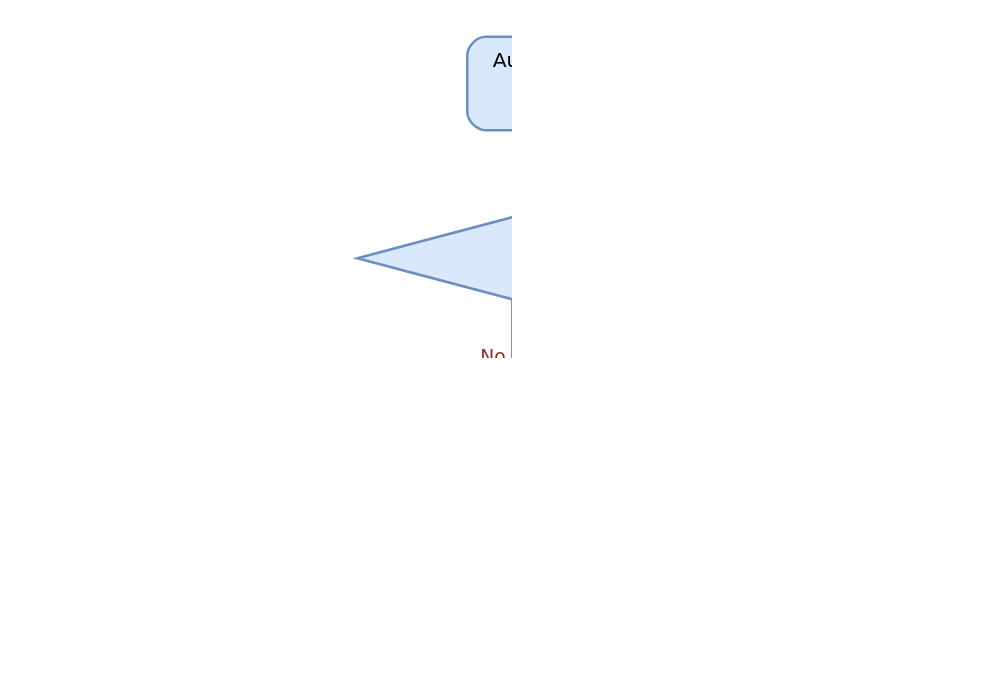
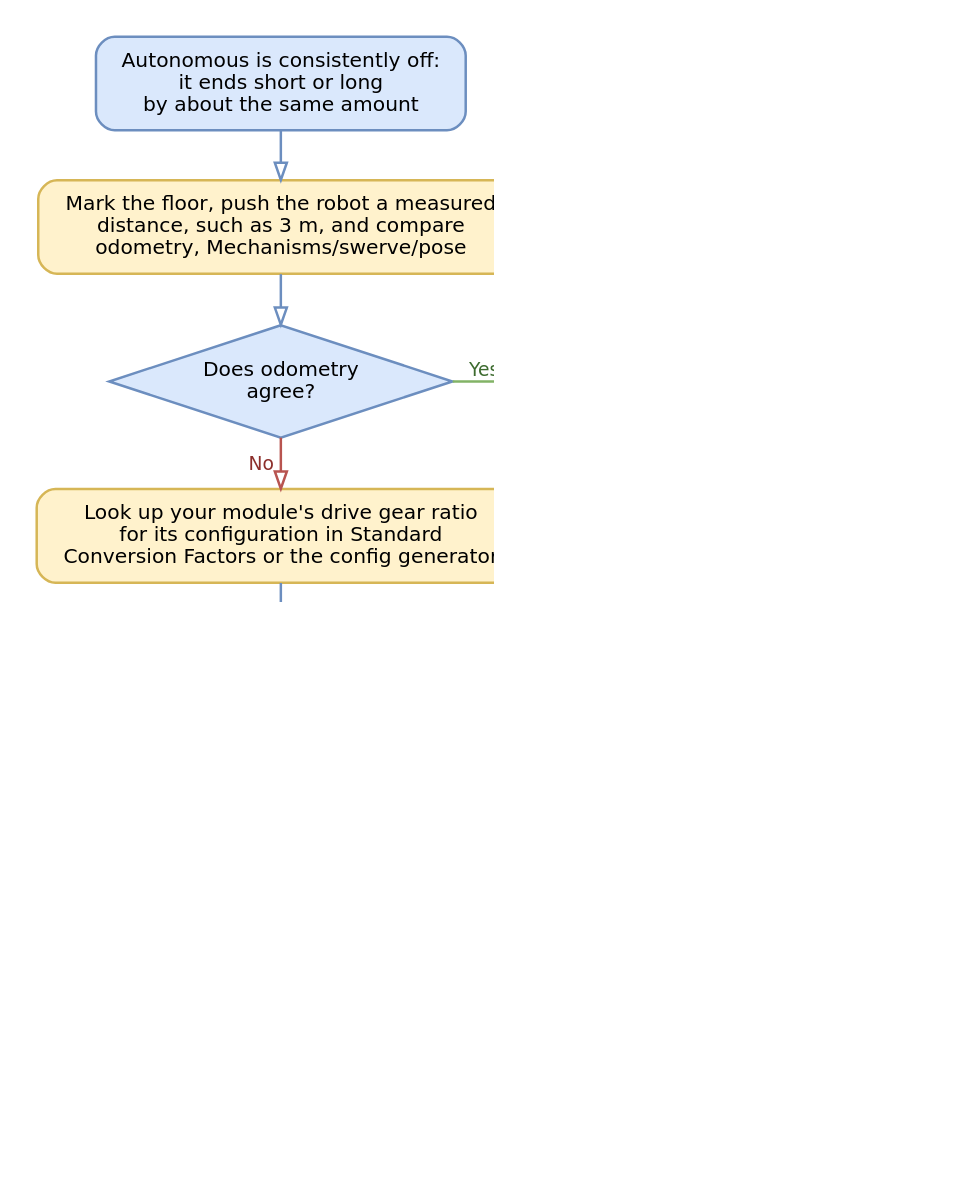
Before and after one commit to Yet-Another-Software-Suite/YAGSL-gitbook: the diagram in .gitbook/assets/yagsl-flowchart-auto.dot, drawn with Graphviz. The commit also changed 11 other files, not shown here.

Commit message:
Troubleshooting flowcharts: add how-to-check steps; check a module's build last

```diff
--- a/.gitbook/assets/yagsl-flowchart-auto.dot
+++ b/.gitbook/assets/yagsl-flowchart-auto.dot
@@ -1,16 +1,30 @@
 digraph G {
   graph [rankdir=TB, nodesep=0.5, ranksep=0.45, pad=0.3, bgcolor="white", dpi=150, splines=ortho];
   node  [fontname="DejaVu Sans", fontsize=13, margin="0.2,0.12", penwidth=1.6];
   edge  [fontname="DejaVu Sans", fontsize=12, penwidth=1.6, arrowhead=onormal, arrowsize=1.1];
+  graph [nodesep=1.1];
   s [label="Autonomous is consistently off:\nit ends short or long\nby about the same amount", shape=box, style="rounded,filled", fillcolor="#dae8fc", color="#6c8ebf"];
-  q1 [label="Push the robot a measured\ndistance, such as 3 m.\nDoes odometry agree?", shape=diamond, style=filled, fillcolor="#dae8fc", color="#6c8ebf", margin="0.05,0.05"];
-  q2 [label="Is the drive gear ratio\nright for your module\nand its configuration?", shape=diamond, style=filled, fillcolor="#dae8fc", color="#6c8ebf", margin="0.05,0.05"];
-  f2 [label="Fix the gear ratio, such as\nwith the config generator's\nmodule type and configuration", shape=box, style="rounded,filled", fillcolor="#f8cecc", color="#b85450"];
-  f3 [label="Measure the wheel diameter\nas the tread is now: worn tread\nis smaller than new. Update it,\nor replace the tread", shape=box, style="rounded,filled", fillcolor="#f8cecc", color="#b85450"];
-  d [label="Odometry is right, so the\npath following is off: see\nFix swerve drive drift", shape=box, style="rounded,filled", fillcolor="#d5e8d4", color="#82b366"];
-  s -> q1 [color="#6c8ebf"];
-  q1 -> q2 [xlabel=" No ", color="#b85450", fontcolor="#8c2f2b"];
-  q1 -> d [xlabel=" Yes ", color="#82b366", fontcolor="#3d6b2f"];
+  h1 [label="Mark the floor, push the robot a measured\ndistance, such as 3 m, and compare\nodometry, Mechanisms/swerve/pose", shape=box, style="rounded,filled", fillcolor="#fff2cc", color="#d6b656"];
+  q1 [label="Does odometry\nagree?", shape=diamond, style=filled, fillcolor="#dae8fc", color="#6c8ebf", margin="0.05,0.05"];
+  f1 [label="Odometry is right, so the path\nfollowing is off: see the Robot is\ndrifting flowchart and\nSet up PathPlanner", shape=box, style="rounded,filled", fillcolor="#f8cecc", color="#b85450"];
+  {rank=same; q1; f1;}
+  s -> h1 [color="#6c8ebf", weight=10];
+  h1 -> q1 [color="#6c8ebf", weight=10];
+  q1 -> f1 [xlabel=" Yes ", color="#82b366", fontcolor="#3d6b2f"];
+  q1 -> h2 [xlabel=" No ", color="#b85450", fontcolor="#8c2f2b", weight=10];
+  h2 [label="Look up your module's drive gear ratio\nfor its configuration in Standard\nConversion Factors or the config generator", shape=box, style="rounded,filled", fillcolor="#fff2cc", color="#d6b656"];
+  q2 [label="Does your config\nmatch it?", shape=diamond, style=filled, fillcolor="#dae8fc", color="#6c8ebf", margin="0.05,0.05"];
+  f2 [label="Fix the drive gear ratio", shape=box, style="rounded,filled", fillcolor="#f8cecc", color="#b85450"];
+  {rank=same; q2; f2;}
+  h2 -> q2 [color="#6c8ebf", weight=10];
   q2 -> f2 [xlabel=" No ", color="#b85450", fontcolor="#8c2f2b"];
-  q2 -> f3 [xlabel=" Yes ", color="#82b366", fontcolor="#3d6b2f"];
+  q2 -> h3 [xlabel=" Yes ", color="#82b366", fontcolor="#3d6b2f", weight=10];
+  h3 [label="Measure a wheel as it is now:\nuse calipers, or roll it one turn and\ndivide the distance by π", shape=box, style="rounded,filled", fillcolor="#fff2cc", color="#d6b656"];
+  q3 [label="Does the diameter\nmatch your config?", shape=diamond, style=filled, fillcolor="#dae8fc", color="#6c8ebf", margin="0.05,0.05"];
+  f3 [label="Worn tread is smaller than new:\nupdate the wheel diameter,\nor replace the tread", shape=box, style="rounded,filled", fillcolor="#f8cecc", color="#b85450"];
+  {rank=same; q3; f3;}
+  h3 -> q3 [color="#6c8ebf", weight=10];
+  q3 -> f3 [xlabel=" No ", color="#b85450", fontcolor="#8c2f2b"];
+  q3 -> d [xlabel=" Yes ", color="#82b366", fontcolor="#3d6b2f", weight=10];
+  d [label="Check that no module has its own\ngearing override, and that the wheels\naren't slipping: lower the path's\nmaximum acceleration", shape=box, style="rounded,filled", fillcolor="#d5e8d4", color="#82b366"];
 }
```
